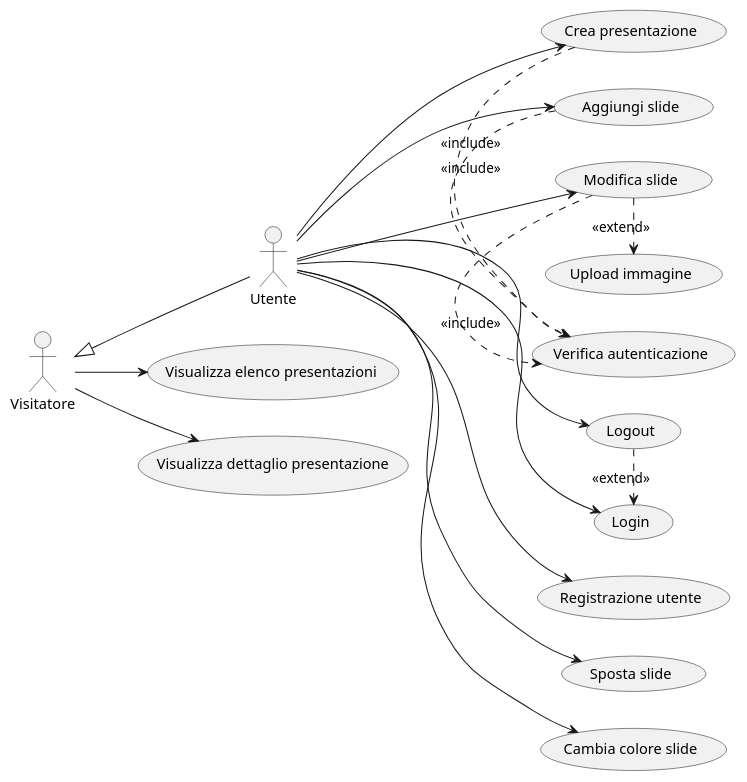
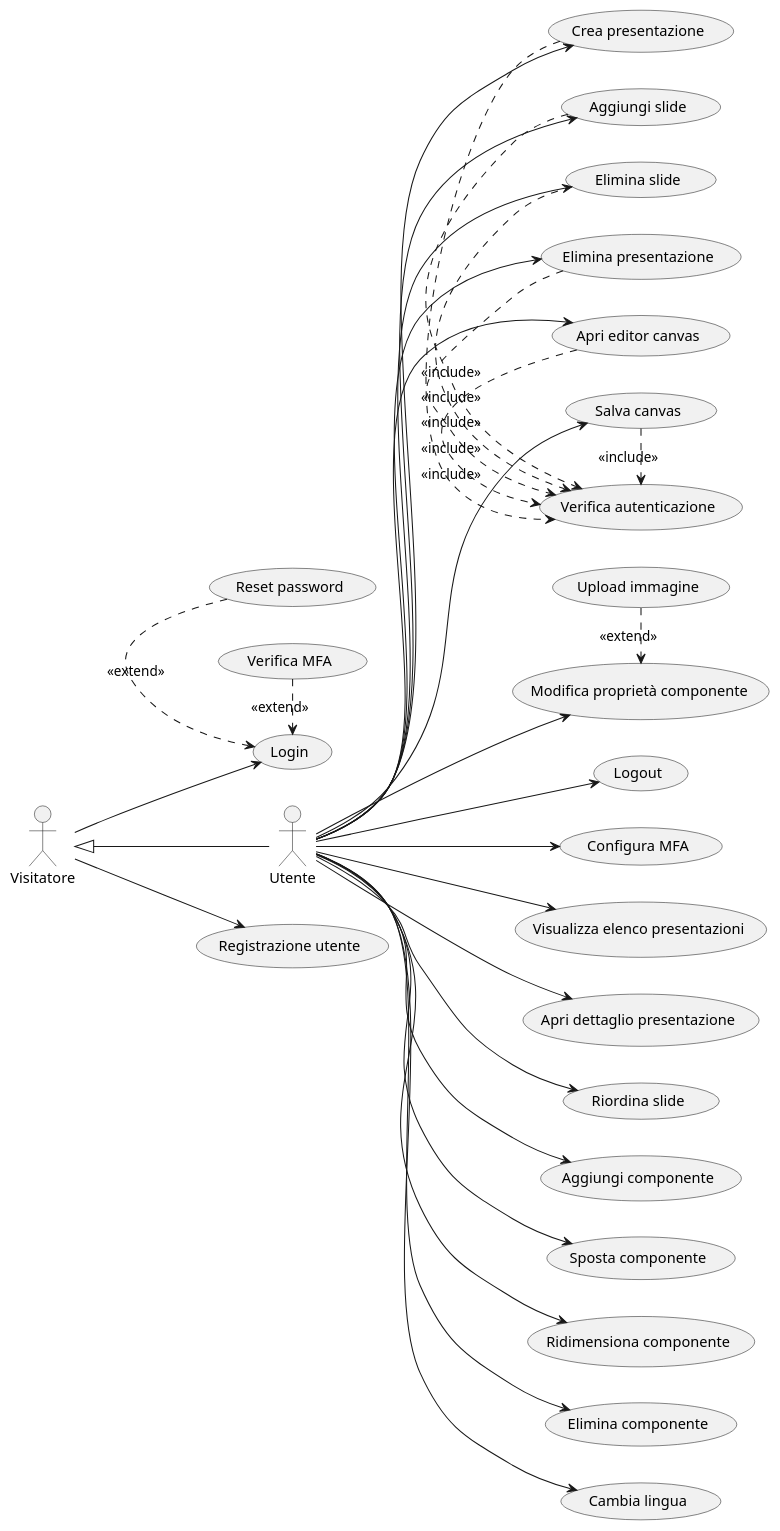
Before and after one commit to CristianMonticelli/Progetto_Maturita: the first of 4 diagrams in Documento_Requisiti_SlidesApp3.md, drawn with PlantUML. The commit also changed other lines of this file and 7 other files, not shown here.

````diff
--- a/Documento_Requisiti_SlidesApp3.md
+++ b/Documento_Requisiti_SlidesApp3.md
@@ -15,27 +192,40 @@
 ```plantuml
 @startuml casi_uso_slidesapp
 left to right direction
 actor Visitatore
 actor Utente
 Visitatore <|-- Utente
 
-Visitatore --> (Visualizza elenco presentazioni)
-Visitatore --> (Visualizza dettaglio presentazione)
+Visitatore --> (Registrazione utente)
+Visitatore --> (Login)
 
-Utente --> (Registrazione utente)
-Utente --> (Login)
 Utente --> (Logout)
+Utente --> (Configura MFA)
 Utente --> (Crea presentazione)
+Utente --> (Visualizza elenco presentazioni)
+Utente --> (Apri dettaglio presentazione)
 Utente --> (Aggiungi slide)
-Utente --> (Modifica slide)
-Utente --> (Sposta slide)
-Utente --> (Cambia colore slide)
+Utente --> (Riordina slide)
+Utente --> (Elimina slide)
+Utente --> (Elimina presentazione)
+Utente --> (Apri editor canvas)
+Utente --> (Aggiungi componente)
+Utente --> (Sposta componente)
+Utente --> (Ridimensiona componente)
+Utente --> (Modifica proprietà componente)
+Utente --> (Elimina componente)
+Utente --> (Salva canvas)
+Utente --> (Cambia lingua)
 
 (Crea presentazione) .> (Verifica autenticazione) : <<include>>
 (Aggiungi slide) .> (Verifica autenticazione) : <<include>>
-(Modifica slide) .> (Verifica autenticazione) : <<include>>
+(Elimina slide) .> (Verifica autenticazione) : <<include>>
+(Elimina presentazione) .> (Verifica autenticazione) : <<include>>
+(Apri editor canvas) .> (Verifica autenticazione) : <<include>>
+(Salva canvas) .> (Verifica autenticazione) : <<include>>
 
-(Logout) .> (Login) : <<extend>>
-(Modifica slide) .> (Upload immagine) : <<extend>>
+(Verifica MFA) .> (Login) : <<extend>>
+(Reset password) .> (Login) : <<extend>>
+(Upload immagine) .> (Modifica proprietà componente) : <<extend>>
 @enduml
 ```
````
